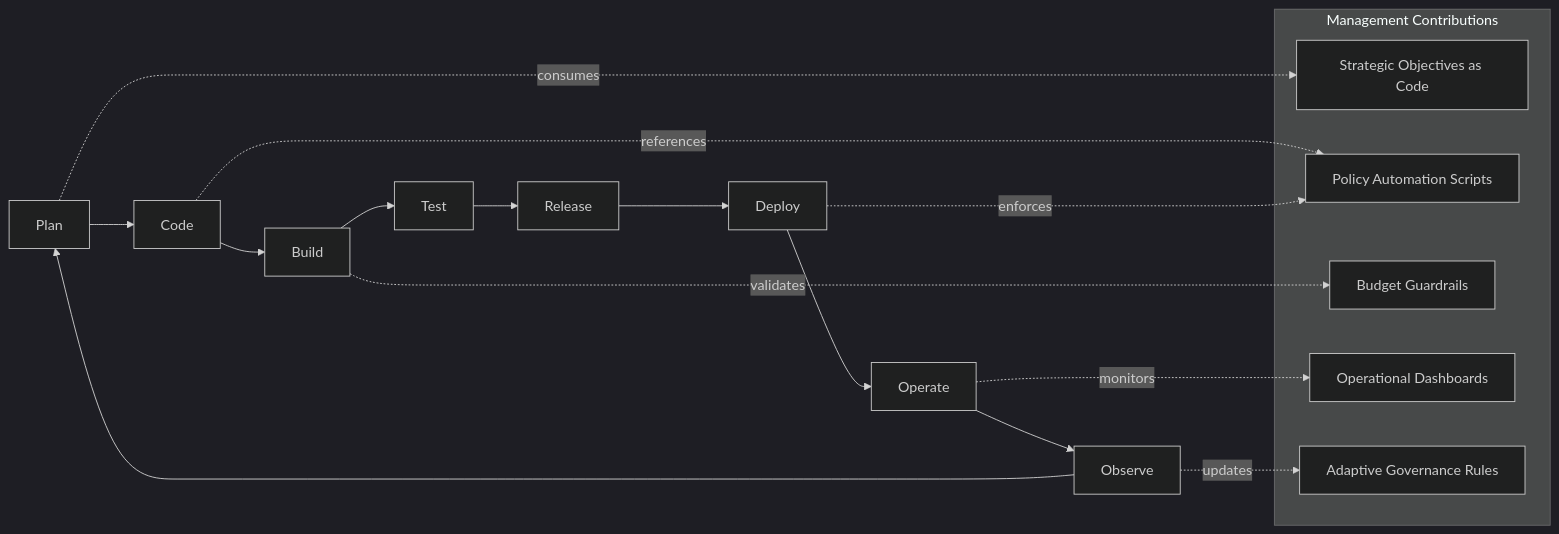
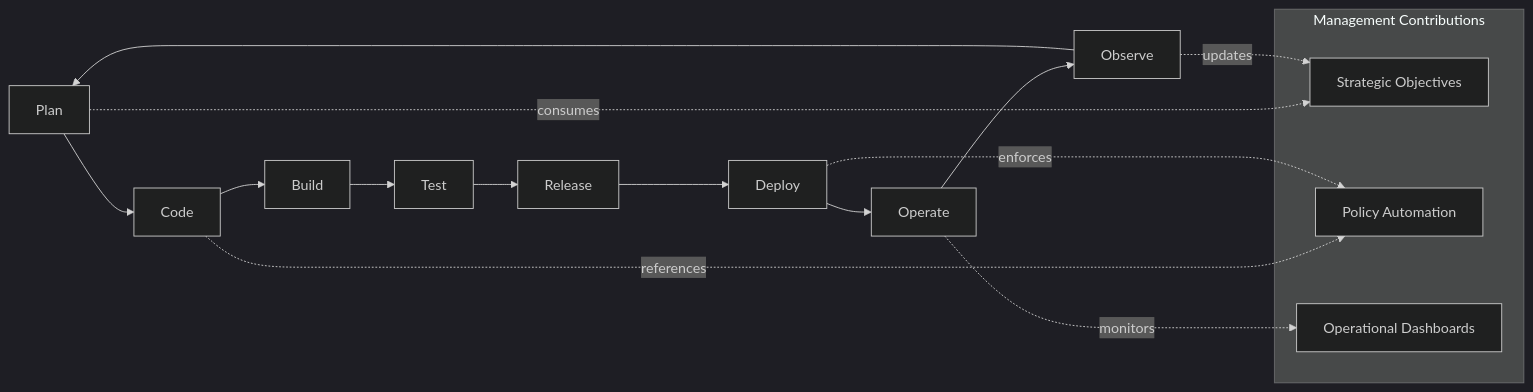
Before and after one commit to Geonitab/architecture_as_code: the diagram in docs/images/diagram_19_devops_management_loop.mmd, drawn with Mermaid (dark theme). The commit also changed 10 other files, not shown here.

First line of the commit message:
Simplify complex diagrams to improve readability

```diff
--- a/docs/images/diagram_19_devops_management_loop.mmd
+++ b/docs/images/diagram_19_devops_management_loop.mmd
@@ -1,25 +1,22 @@
 %% Management contributions embedded in DevOps loop
 flowchart LR
     A[Plan]:::kv-primary --> B[Code]:::kv-primary
     B --> C[Build]:::kv-primary
     C --> D[Test]:::kv-primary
     D --> E[Release]:::kv-primary
     E --> F[Deploy]:::kv-primary
     F --> G[Operate]:::kv-primary
     G --> H[Observe]:::kv-primary
     H --> A
 
     subgraph Management Contributions
-        MA[Strategic Objectives as Code]:::kv-highlight
-        MB[Policy Automation Scripts]:::kv-highlight
-        MC[Budget Guardrails]:::kv-highlight
-        MD[Operational Dashboards]:::kv-highlight
-        ME[Adaptive Governance Rules]:::kv-highlight
+        MA[Strategic Objectives]:::kv-highlight
+        MB[Policy Automation]:::kv-highlight
+        MC[Operational Dashboards]:::kv-highlight
     end
 
     A -. consumes .-> MA
     B -. references .-> MB
-    C -. validates .-> MC
     F -. enforces .-> MB
-    G -. monitors .-> MD
-    H -. updates .-> ME
+    G -. monitors .-> MC
+    H -. updates .-> MA
```
